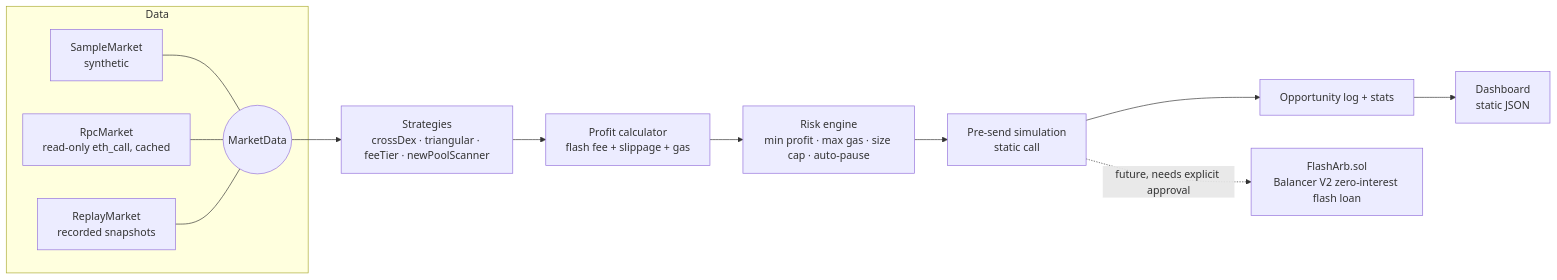
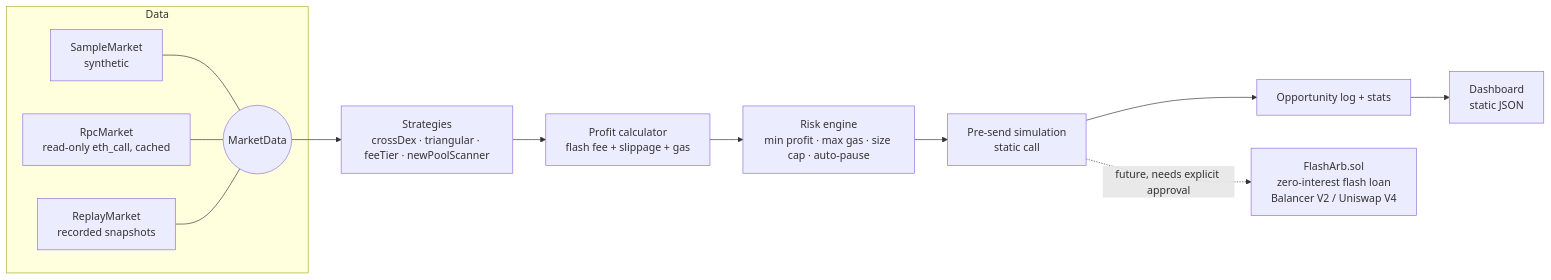
One commit to Abdou293/Flash-loan-with-arbitrage- changed the diagram in README.md. Above: the diagram before and after it, drawn with Mermaid. The commit also changed other lines of this file and 22 other files, not shown here.

First line of the commit message:
feat: second zero-interest lender (Uniswap V4) and a bigger radar

````diff
--- a/README.md
+++ b/README.md
@@ -40,15 +40,15 @@
 ```mermaid
 flowchart LR
   subgraph Data
     M1[SampleMarket<br/>synthetic] --- MD((MarketData))
     M2[RpcMarket<br/>read-only eth_call, cached] --- MD
     M3[ReplayMarket<br/>recorded snapshots] --- MD
   end
   MD --> S[Strategies<br/>crossDex · triangular · feeTier · newPoolScanner]
   S --> P[Profit calculator<br/>flash fee + slippage + gas]
   P --> R[Risk engine<br/>min profit · max gas · size cap · auto-pause]
   R --> SIM[Pre-send simulation<br/>static call]
   SIM --> L[Opportunity log + stats]
   L --> D[Dashboard<br/>static JSON]
-  SIM -. "future, needs explicit approval" .-> C[FlashArb.sol<br/>Balancer V2 zero-interest flash loan]
+  SIM -. "future, needs explicit approval" .-> C[FlashArb.sol<br/>zero-interest flash loan<br/>Balancer V2 / Uniswap V4]
 ```
````
